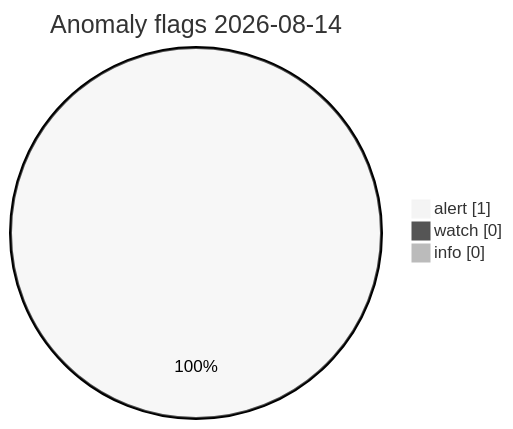
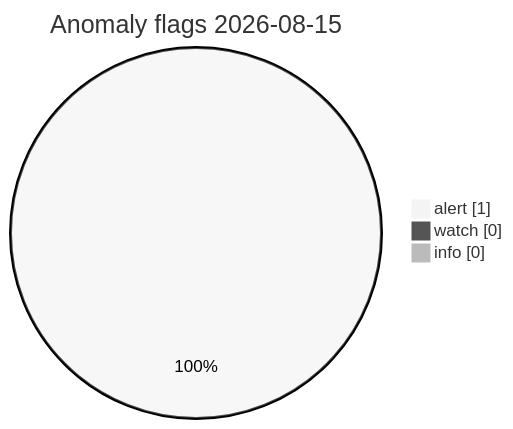
The diagram in visuals/latest/CHARTS.md (Midwest-Stratospheric/Unified-Open-Global-Weather), drawn with Mermaid (neutral theme) before and after one commit. The commit also changed other lines of this file and 11 other files, not shown here.

Commit message:
data(visuals): automated charts 2026-08-15T07:47Z

````diff
--- a/visuals/latest/CHARTS.md
+++ b/visuals/latest/CHARTS.md
@@ -73,7 +73,7 @@
 ```mermaid
 pie showData
-  title Anomaly flags 2026-08-14
+  title Anomaly flags 2026-08-15
   "alert" : 1
   "watch" : 0
   "info" : 0
 ```
````
